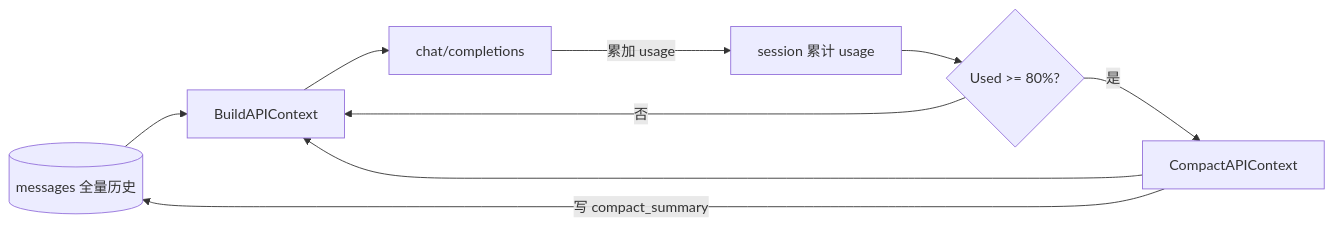
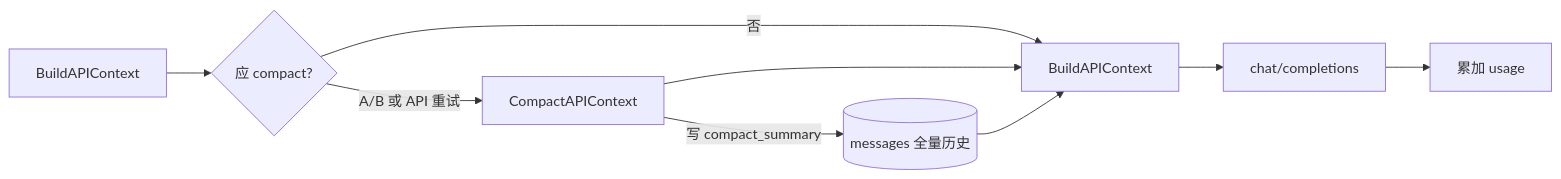
The second of 3 diagrams in docs/PLAN.md (wzhejunqiu/ds-code), drawn with Mermaid before and after one commit. The commit also changed other lines of this file and 19 other files, not shown here.

````diff
--- a/docs/PLAN.md
+++ b/docs/PLAN.md
@@ -225,18 +281,19 @@
 ```mermaid
 flowchart LR
   Persist[(messages 全量历史)]
-  Usage[session 累计 usage]
-  Check{Used >= 80%?}
+  Build0[BuildAPIContext]
+  Check{应 compact?}
   Compact[CompactAPIContext]
   Build[BuildAPIContext]
   API[chat/completions]
+  Usage[累加 usage]
 
-  Usage --> Check
+  Build0 --> Check
+  Check -->|A/B 或 API 重试| Compact
   Check -->|否| Build
-  Check -->|是| Compact
   Compact -->|"写 compact_summary"| Persist
   Compact --> Build
   Persist --> Build
   Build --> API
-  API -->|"累加 usage"| Usage
+  API --> Usage
 ```
````
